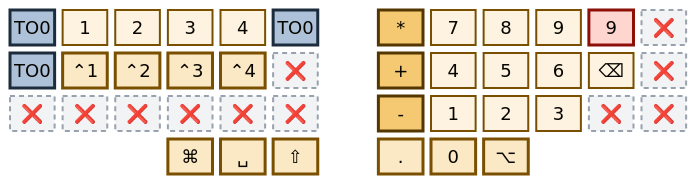
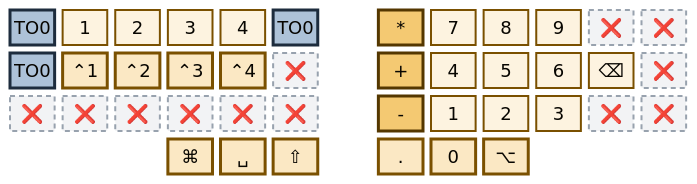
Before and after one commit to abloch/zmk-corne: the fourth of 6 diagrams in README.md, drawn with Mermaid. The commit also changed other lines of this file and 2 other files, not shown here.

````diff
--- a/README.md
+++ b/README.md
@@ -153,24 +153,23 @@
 ```mermaid
 %%{init: {'theme':'base','themeVariables':{'primaryColor':'#fdf3e0','primaryTextColor':'#2e1e00','primaryBorderColor':'#7a5000','nodeTextColor':'#2e1e00','textColor':'#2e1e00','mainBkg':'#fdf3e0','fontSize':'18px'}}}%%
 block
 columns 13
 
-  to0["TO0"] n1["1"] n2["2"] n3["3"] n4["4"] t0b["TO0"] space mul["*"] s7["7"] s8["8"] s9["9"] d9["9"] x1["❌"]
+  to0["TO0"] n1["1"] n2["2"] n3["3"] n4["4"] t0b["TO0"] space mul["*"] s7["7"] s8["8"] s9["9"] x12["❌"] x1["❌"]
   t0c["TO0"] c1["⌃1"] c2["⌃2"] c3["⌃3"] c4["⌃4"] x2["❌"] space pls["+"] s4["4"] s5["5"] s6["6"] bsp["⌫"] x3["❌"]
   x4["❌"] x5["❌"] x6["❌"] x7["❌"] x8["❌"] x9["❌"] space mns["-"] s1["1"] s2["2"] s3["3"] x10["❌"] x11["❌"]
   space:3 cmd["⌘"] spc["␣"] sft["⇧"] space kdt["."] zro["0"] alt["⌥"] space:3
 
   classDef plain fill:#fdf3e0,stroke:#7a5000,stroke-width:2px,color:#2e1e00
   classDef mod fill:#fbe8c4,stroke:#7a5000,stroke-width:3px,color:#2e1e00
   classDef spec fill:#f4c972,stroke:#543700,stroke-width:3px,color:#1c1200
   classDef goL0 fill:#adc2d8,stroke:#1d2c3d,stroke-width:3px,color:#060c12
   classDef alert fill:#ffd5d0,stroke:#8c1008,stroke-width:3px,color:#3d0603
   classDef dead fill:#f2f3f5,stroke:#98a2ae,stroke-width:2px,stroke-dasharray:5 4,color:#5b6673
 
   class n1,n2,n3,n4,s1,s2,s3,s4,s5,s6,s7,s8,s9,bsp plain
   class c1,c2,c3,c4,cmd,spc,sft,kdt,zro,alt mod
   class mul,pls,mns spec
   class to0,t0b,t0c goL0
-  class d9 alert
-  class x1,x2,x3,x4,x5,x6,x7,x8,x9,x10,x11 dead
+  class x1,x2,x3,x4,x5,x6,x7,x8,x9,x10,x11,x12 dead
 ```
````
